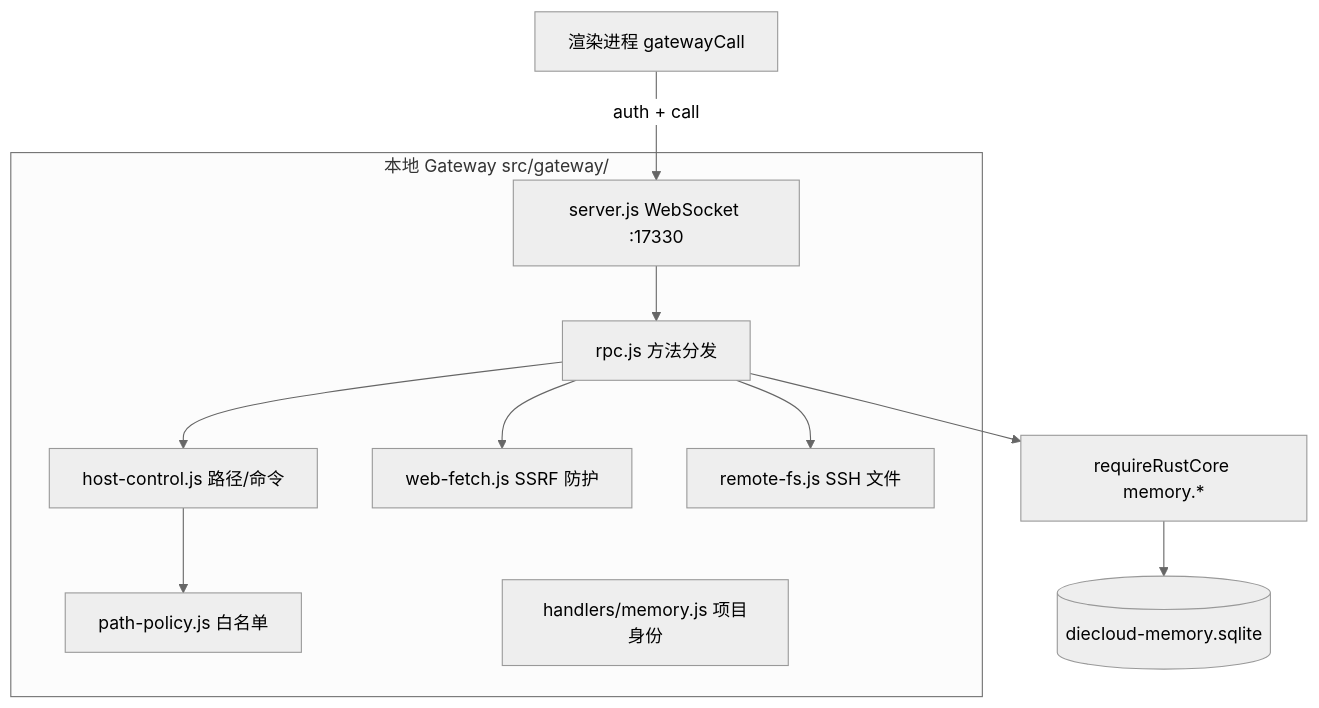
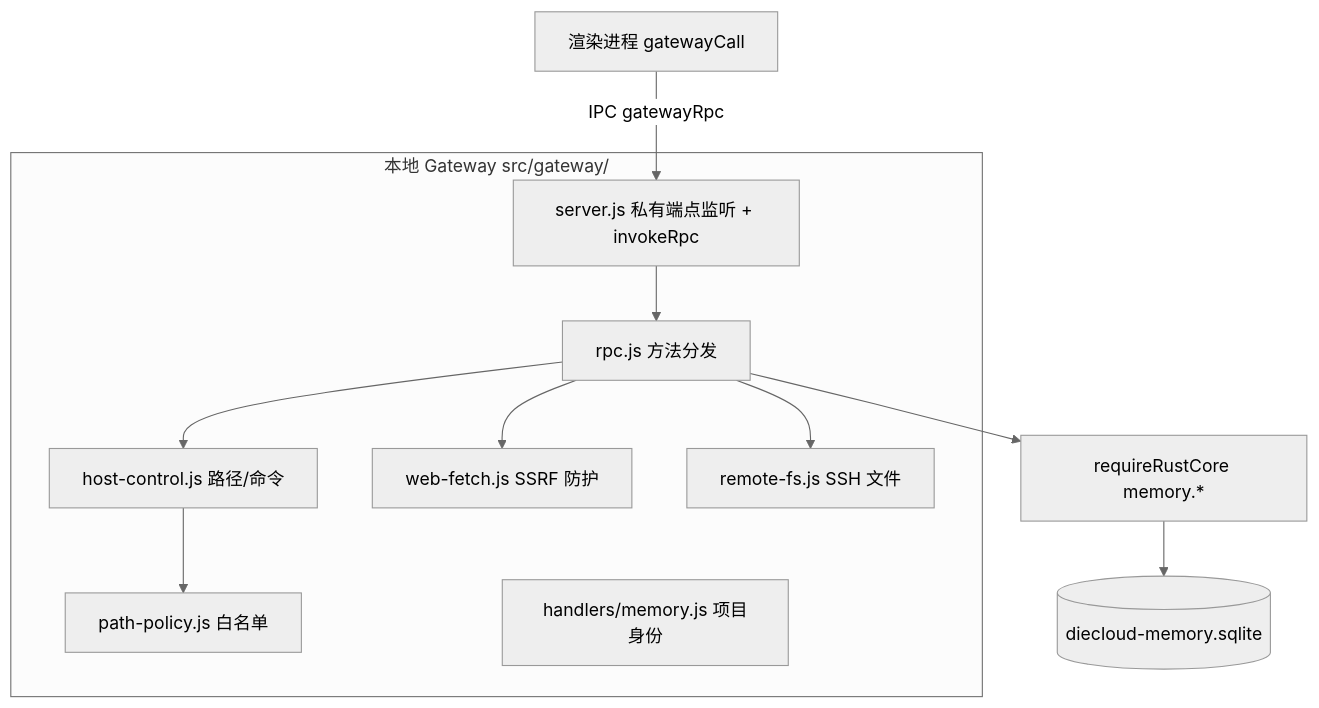
The third of 15 diagrams in docs/ARCHITECTURE.md (zuochamo/dieyunagent), drawn with Mermaid (neutral theme) before and after one commit. The commit also changed other lines of this file and 23 other files, not shown here.

````diff
--- a/docs/ARCHITECTURE.md
+++ b/docs/ARCHITECTURE.md
@@ -183,21 +192,21 @@
 ```mermaid
 flowchart TB
   subgraph GW["本地 Gateway src/gateway/"]
-    Server["server.js WebSocket :17330"]
+    Server["server.js 私有端点监听 + invokeRpc"]
     RPC["rpc.js 方法分发"]
     Host["host-control.js 路径/命令"]
     PathPol["path-policy.js 白名单"]
     Web["web-fetch.js SSRF 防护"]
     RemoteFS["remote-fs.js SSH 文件"]
     ProjId["handlers/memory.js 项目身份"]
   end
 
-  WS[渲染进程 gatewayCall] -->|auth + call| Server
+  WS[渲染进程 gatewayCall] -->|IPC gatewayRpc| Server
   Server --> RPC
   RPC --> Host
   RPC --> Web
   RPC --> RemoteFS
   RPC --> CoreMem["requireRustCore memory.*"]
   Host --> PathPol
   CoreMem --> SQLite[(diecloud-memory.sqlite)]
 ```
````
